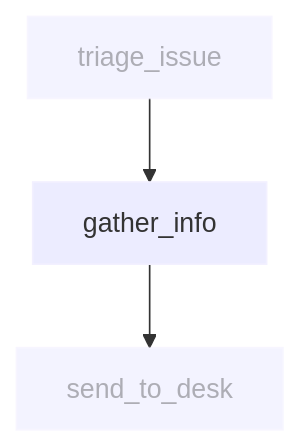
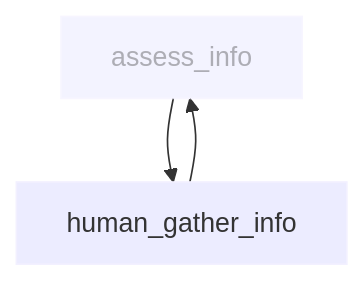
One commit to dextersjab/agentic-workbench-langgraph changed the fifth of 6 diagrams in backend/src/workflows/support_desk/nodes/README.md. Above: the diagram before and after it, drawn with Mermaid. The commit also changed other lines of this file and 3 other files, not shown here.

````diff
--- a/backend/src/workflows/support_desk/nodes/README.md
+++ b/backend/src/workflows/support_desk/nodes/README.md
@@ -101,10 +125,10 @@
 ```mermaid
 graph TD
-    A[triage_issue] --> B[gather_info]
-    B --> C[send_to_desk]
+    A[assess_info] --> B[human_gather_info]
+    B --> A
     
     classDef default stroke:#f2f0ff,line-height:1.2
     classDef context opacity:0.6
     
-    class A,C context
+    class A context
 ```
````
